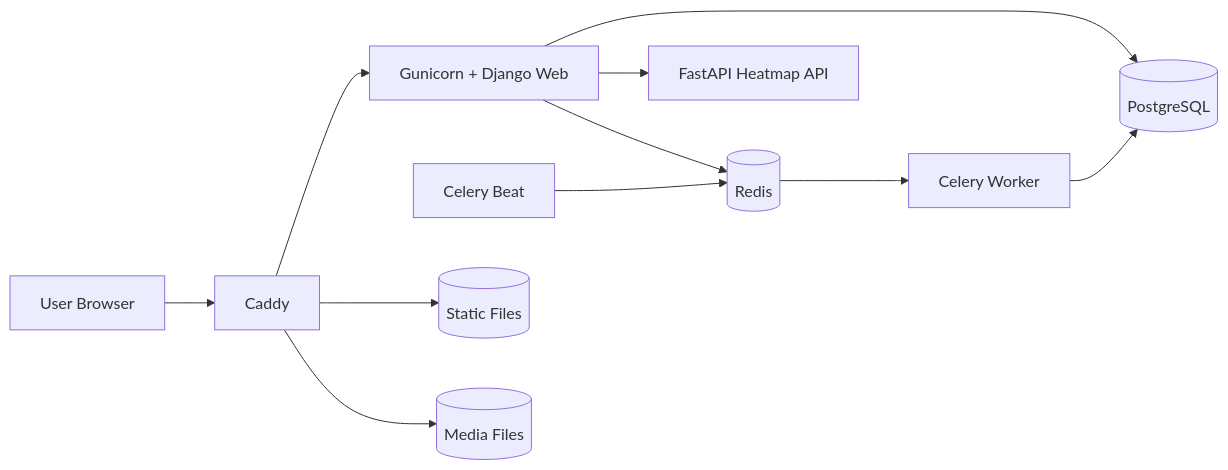
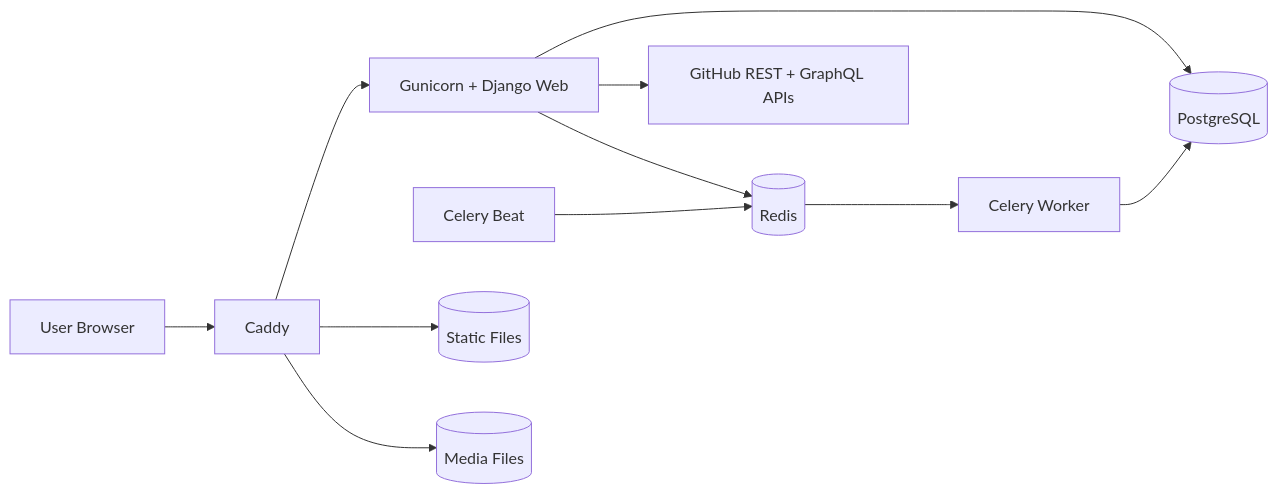
The first of 4 diagrams in docs/architecture.md (stokuj/my-django-portfolio), drawn with Mermaid before and after one commit. The commit also changed other lines of this file and 20 other files, not shown here.

````diff
--- a/docs/architecture.md
+++ b/docs/architecture.md
@@ -19,13 +19,13 @@
 ```mermaid
 flowchart LR
     U[User Browser] --> C[Caddy]
     C --> W[Gunicorn + Django Web]
     W --> P[(PostgreSQL)]
     W --> R[(Redis)]
     R --> WK[Celery Worker]
     B[Celery Beat] --> R
     WK --> P
-    W --> F[FastAPI Heatmap API]
+    W --> G[GitHub REST + GraphQL APIs]
     C --> S[(Static Files)]
     C --> M[(Media Files)]
 ```
````
